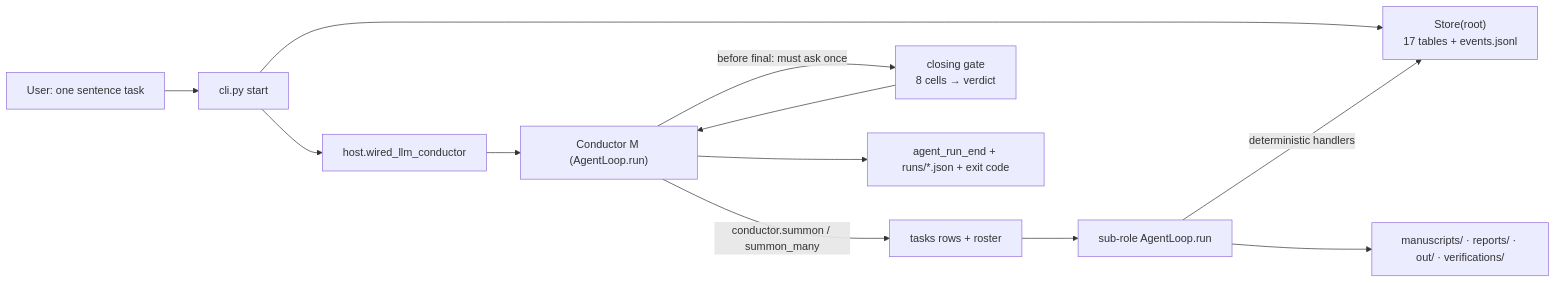
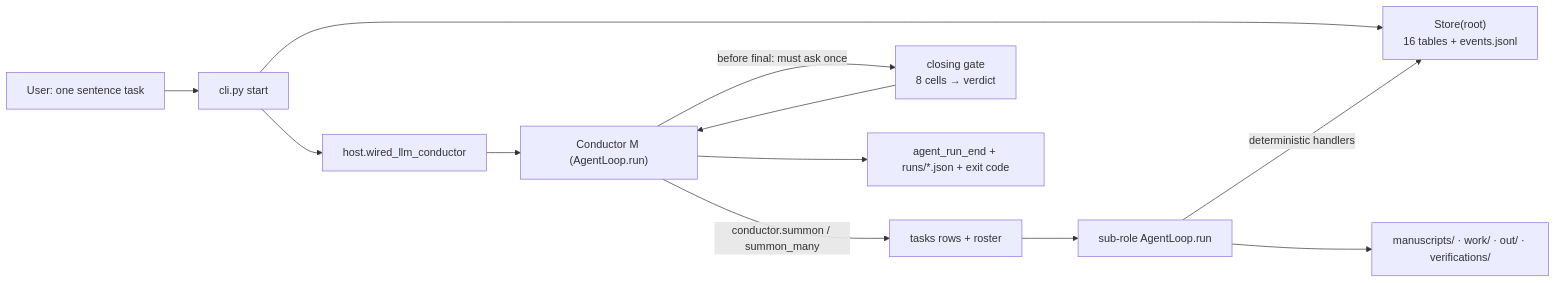
The diagram in README.md (yujake/Incubator), drawn with Mermaid before and after one commit. The commit also changed other lines of this file and 1 other file, not shown here.

````diff
--- a/README.md
+++ b/README.md
@@ -259,14 +261,14 @@
 ```mermaid
 flowchart LR
   U["User: one sentence task"] --> CLI["cli.py start"]
-  CLI --> ST["Store(root)<br/>17 tables + events.jsonl"]
+  CLI --> ST["Store(root)<br/>16 tables + events.jsonl"]
   CLI --> HOST["host.wired_llm_conductor"]
   HOST --> M["Conductor M (AgentLoop.run)"]
   M -->|conductor.summon / summon_many| T["tasks rows + roster"]
   T --> SUB["sub-role AgentLoop.run"]
   SUB -->|deterministic handlers| ST
-  SUB --> OUT["manuscripts/ · reports/ · out/ · verifications/"]
+  SUB --> OUT["manuscripts/ · work/ · out/ · verifications/"]
   M -->|before final: must ask once| GATE["closing gate<br/>8 cells → verdict"]
   GATE --> M
   M --> END["agent_run_end + runs/*.json + exit code"]
 ```
````
